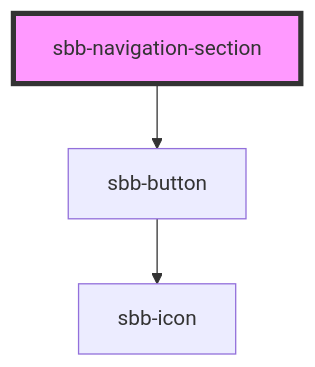
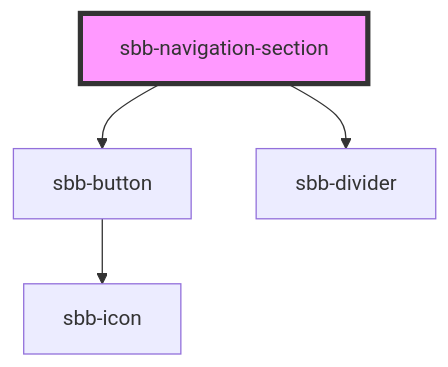
The diagram in src/components/sbb-navigation-section/readme.md (sbb-design-systems/lyne-components), drawn with Mermaid before and after one commit. The commit also changed other lines of this file and 4 other files, not shown here.

Commit message:
fix(sbb-navigation-section): use divider instead of separation border

````diff
--- a/src/components/sbb-navigation-section/readme.md
+++ b/src/components/sbb-navigation-section/readme.md
@@ -75,6 +76,7 @@
 ```mermaid
 graph TD;
   sbb-navigation-section --> sbb-button
+  sbb-navigation-section --> sbb-divider
   sbb-button --> sbb-icon
   style sbb-navigation-section fill:#f9f,stroke:#333,stroke-width:4px
 ```
````
